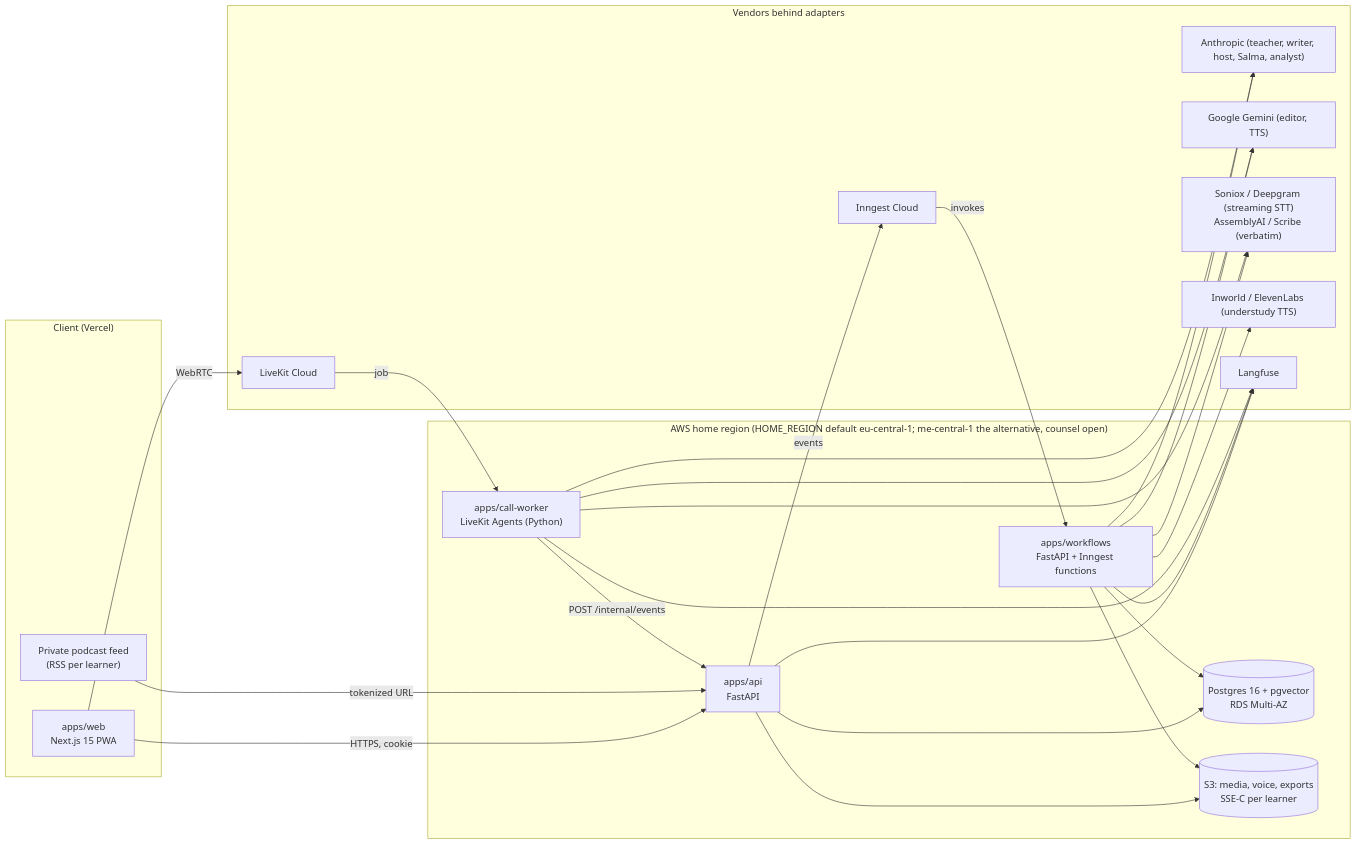
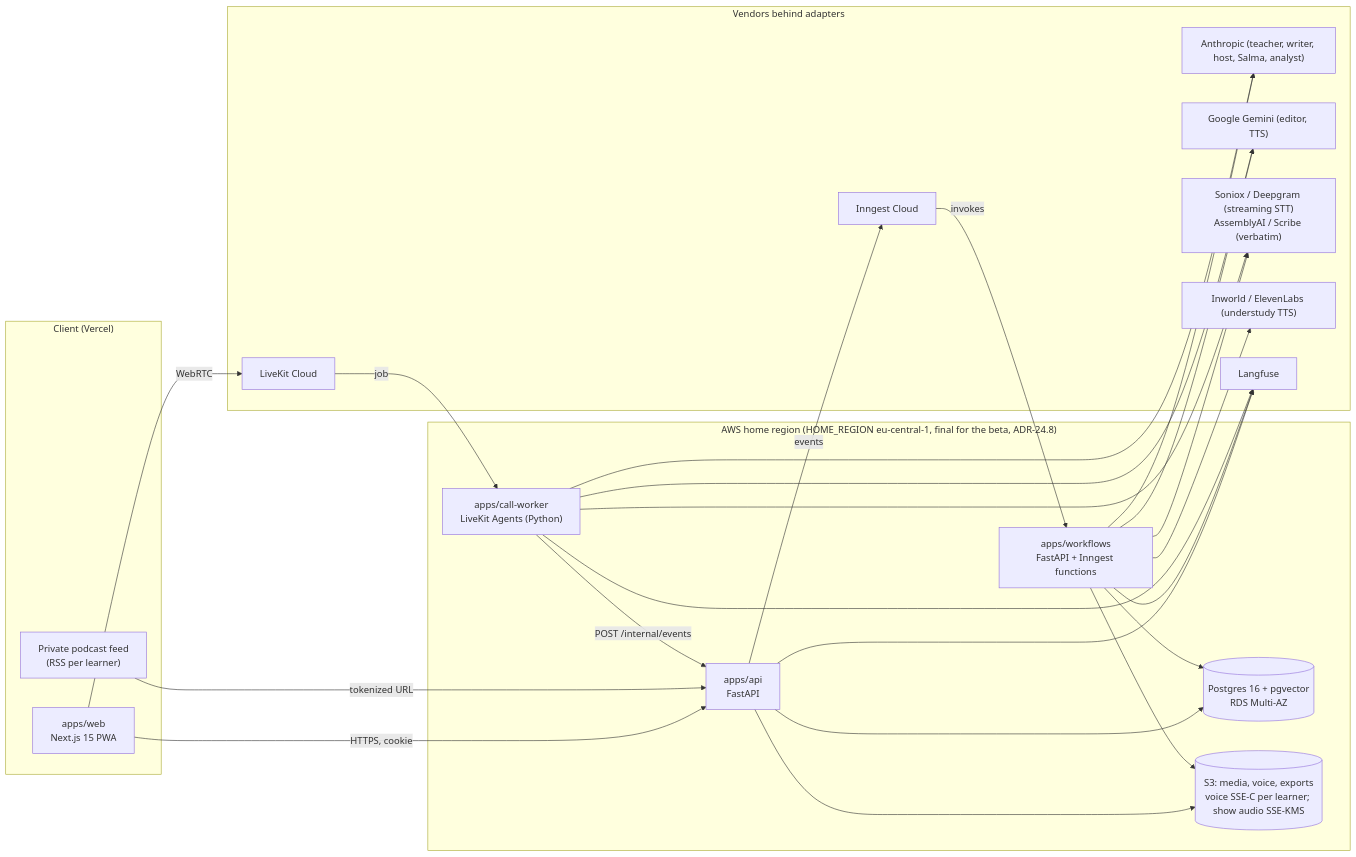
Before and after one commit to Muath-8/For-one: the first of 3 diagrams in technical-design/00-overview.md, drawn with Mermaid. The commit also changed other lines of this file and 105 other files, not shown here.

First line of the commit message:
Decide every open item (ADR-24), re-cut the plan, add content and legal drafts

````diff
--- a/technical-design/00-overview.md
+++ b/technical-design/00-overview.md
@@ -29,44 +29,44 @@
 ```mermaid
 flowchart LR
   subgraph Client["Client (Vercel)"]
     web["apps/web<br/>Next.js 15 PWA"]
     feed["Private podcast feed<br/>(RSS per learner)"]
   end
-  subgraph Edge["AWS home region (HOME_REGION default eu-central-1; me-central-1 the alternative, counsel open)"]
+  subgraph Edge["AWS home region (HOME_REGION eu-central-1, final for the beta, ADR-24.8)"]
     api["apps/api<br/>FastAPI"]
     wf["apps/workflows<br/>FastAPI + Inngest functions"]
     cw["apps/call-worker<br/>LiveKit Agents (Python)"]
     pg[("Postgres 16 + pgvector<br/>RDS Multi-AZ")]
-    s3[("S3: media, voice, exports<br/>SSE-C per learner")]
+    s3[("S3: media, voice, exports<br/>voice SSE-C per learner; show audio SSE-KMS")]
   end
   subgraph Vendors["Vendors behind adapters"]
     llm["Anthropic (teacher, writer, host, Salma, analyst)"]
     gem["Google Gemini (editor, TTS)"]
     stt["Soniox / Deepgram (streaming STT)<br/>AssemblyAI / Scribe (verbatim)"]
     tts2["Inworld / ElevenLabs (understudy TTS)"]
     lk["LiveKit Cloud"]
     inn["Inngest Cloud"]
     lf["Langfuse"]
   end
   web -->|HTTPS, cookie| api
   web -->|WebRTC| lk
   feed -->|tokenized URL| api
   api --> pg
   api --> s3
   api -->|events| inn
   inn -->|invokes| wf
   wf --> pg
   wf --> s3
   wf --> llm
   wf --> gem
   wf --> stt
   wf --> tts2
   lk -->|job| cw
   cw --> stt
   cw --> llm
   cw --> gem
   cw -->|POST /internal/events| api
   api --> lf
   wf --> lf
   cw --> lf
 ```
````
